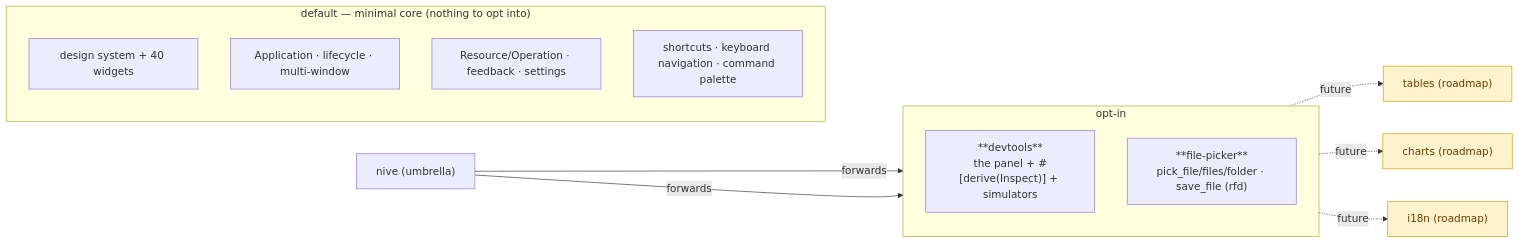
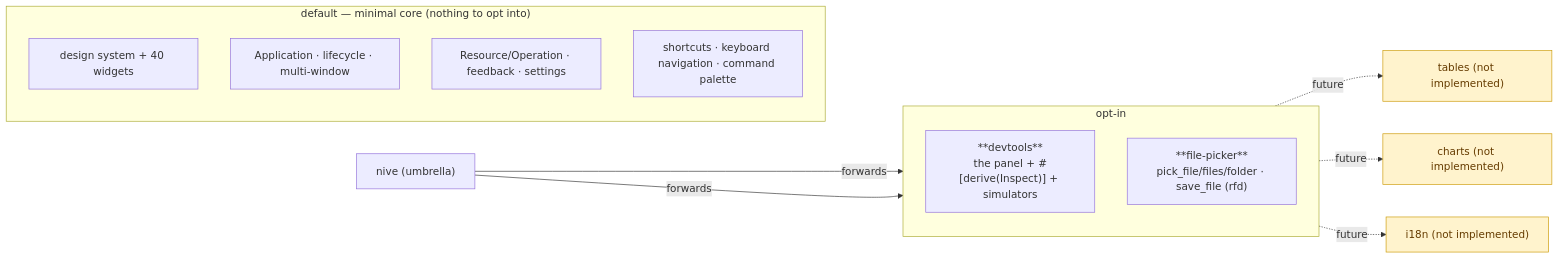
Before and after one commit to JirlanSouza/nive: the fourth of 4 diagrams in docs/architecture/api-surface.md, drawn with Mermaid. The commit also changed other lines of this file and 6 other files, not shown here.

Commit message:
docs: consolidate roadmap to GitHub Project authority

````diff
--- a/docs/architecture/api-surface.md
+++ b/docs/architecture/api-surface.md
@@ -157,24 +157,24 @@
 ```mermaid
 flowchart LR
     subgraph core["default — minimal core (nothing to opt into)"]
         direction TB
         c1["design system + 40 widgets"]
         c2["Application · lifecycle · multi-window"]
         c3["Resource/Operation · feedback · settings"]
         c4["shortcuts · keyboard navigation · command palette"]
     end
     subgraph opt["opt-in"]
         direction TB
         f1["**devtools**<br/>the panel + #[derive(Inspect)] + simulators"]
         f2["**file-picker**<br/>pick_file/files/folder · save_file (rfd)"]
     end
 
     nive["nive (umbrella)"] -->|forwards| f1
     nive -->|forwards| f2
 
     classDef todo fill:#fff3cd,stroke:#cc9a06,color:#663c00;
-    t1["tables (roadmap)"]:::todo
-    t2["charts (roadmap)"]:::todo
-    t3["i18n (roadmap)"]:::todo
+    t1["tables (not implemented)"]:::todo
+    t2["charts (not implemented)"]:::todo
+    t3["i18n (not implemented)"]:::todo
     opt -.future.-> t1 & t2 & t3
 ```
````
